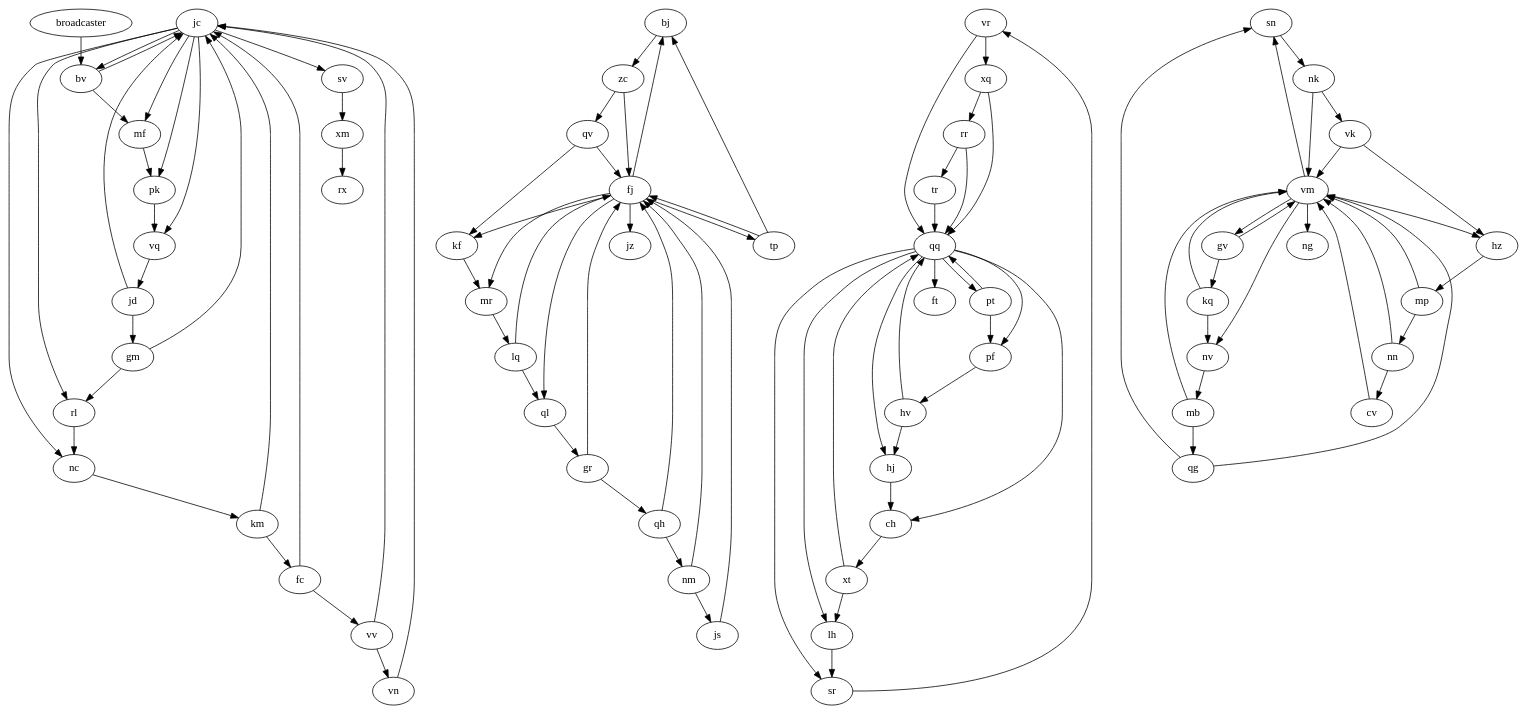
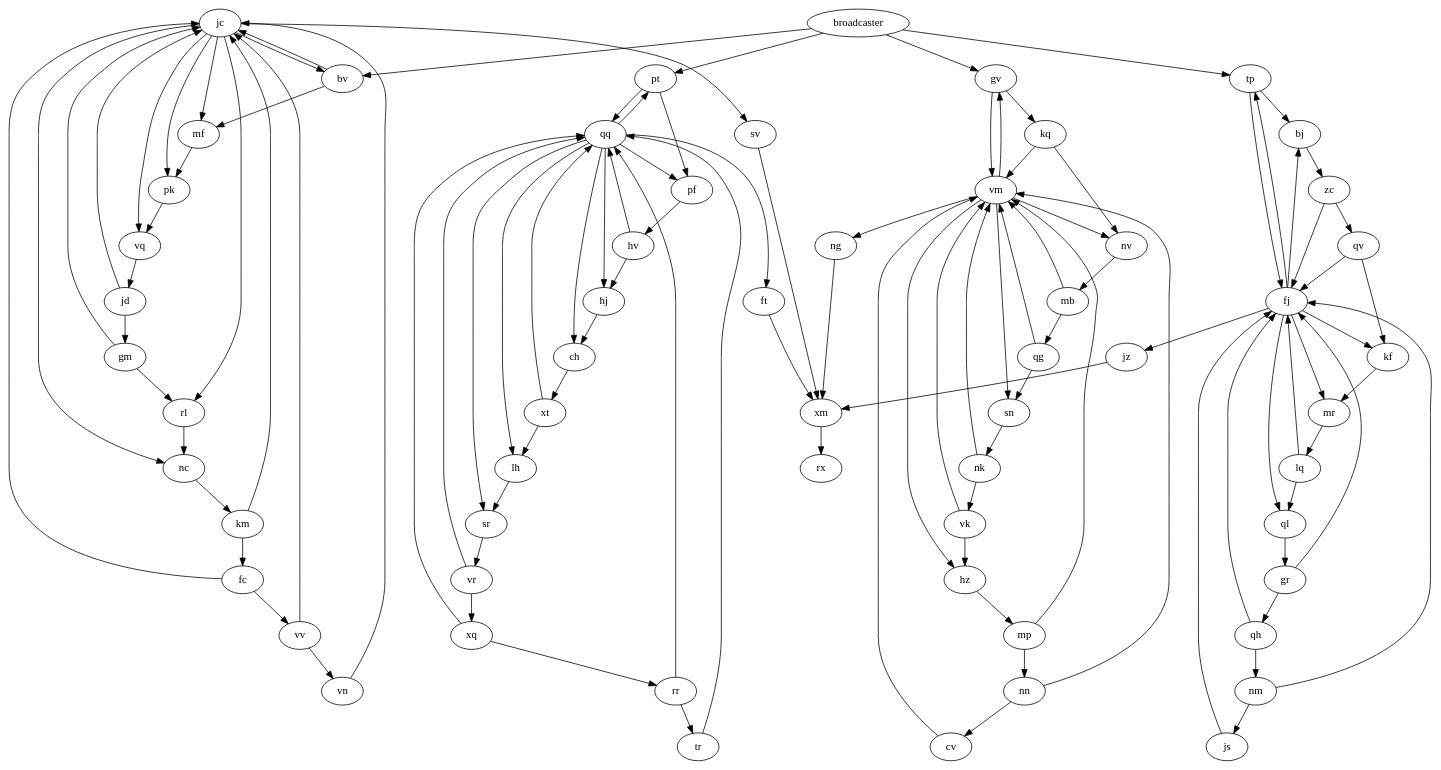
Before and after one commit to leehuk/aoc-2023: the diagram in code/2023/20/graph.dot, drawn with Graphviz. The commit also changed 5 other files, not shown here.

```diff
--- a/code/2023/20/graph.dot
+++ b/code/2023/20/graph.dot
@@ -1,105 +1,111 @@
 digraph {
 jc -> vq
 jc -> mf
 jc -> bv
 jc -> pk
 jc -> nc
 jc -> sv
 jc -> rl
 bj -> zc
 km -> jc
 km -> fc
 vr -> xq
 vr -> qq
+ft -> xm
+jz -> xm
 fj -> jz
 fj -> bj
 fj -> mr
 fj -> tp
 fj -> ql
 fj -> kf
 pt -> qq
 pt -> pf
 zc -> qv
 zc -> fj
 sr -> vr
 tr -> qq
 lq -> fj
 lq -> ql
 qv -> kf
 qv -> fj
 sn -> nk
 jd -> jc
 jd -> gm
 tp -> bj
 tp -> fj
 mp -> vm
 mp -> nn
+broadcaster -> pt
+broadcaster -> tp
+broadcaster -> gv
 broadcaster -> bv
 qh -> fj
 qh -> nm
 gv -> vm
 gv -> kq
 xt -> qq
 xt -> lh
 nm -> fj
 nm -> js
 hj -> ch
 mb -> vm
 mb -> qg
 gr -> fj
 gr -> qh
 js -> fj
 rl -> nc
 qq -> sr
 qq -> pt
 qq -> ch
 qq -> lh
 qq -> hj
 qq -> pf
 qq -> ft
 bv -> jc
 bv -> mf
 nv -> mb
 xm -> rx
 nc -> km
 sv -> xm
 ql -> gr
 vn -> jc
 hv -> qq
 hv -> hj
 vm -> ng
 vm -> hz
 vm -> sn
 vm -> gv
 vm -> nv
 rr -> qq
 rr -> tr
 vv -> jc
 vv -> vn
+ng -> xm
 nn -> cv
 nn -> vm
 ch -> xt
 mr -> lq
 cv -> vm
 fc -> vv
 fc -> jc
 pf -> hv
 pk -> vq
 vq -> jd
 kf -> mr
 mf -> pk
 qg -> vm
 qg -> sn
 nk -> vk
 nk -> vm
 hz -> mp
 kq -> vm
 kq -> nv
 lh -> sr
 gm -> jc
 gm -> rl
 vk -> vm
 vk -> hz
 xq -> qq
 xq -> rr
 }
```
